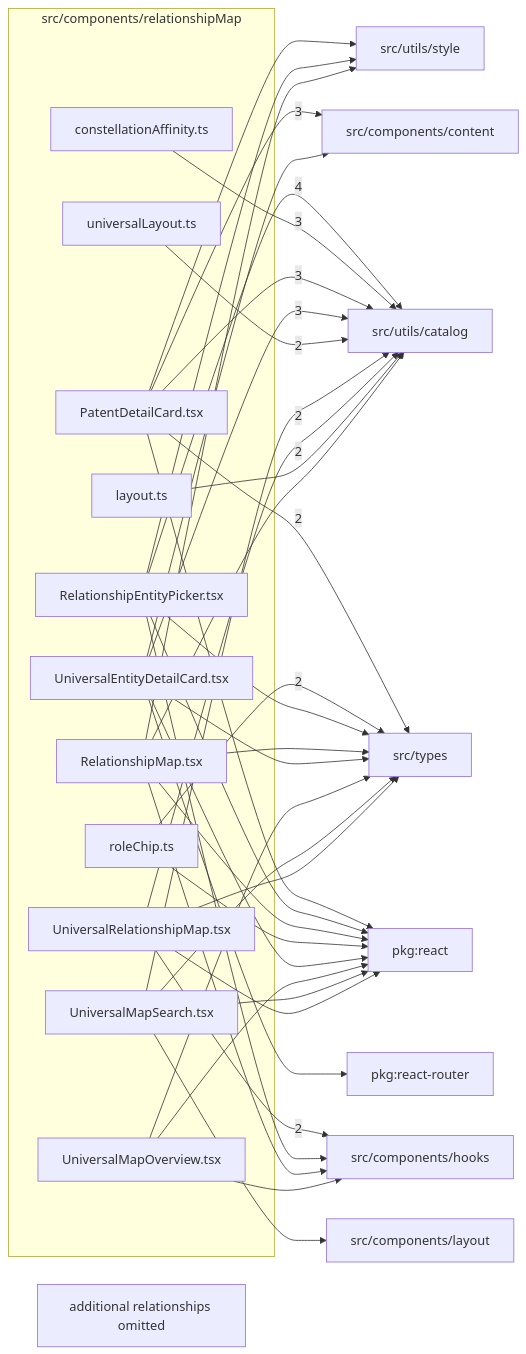
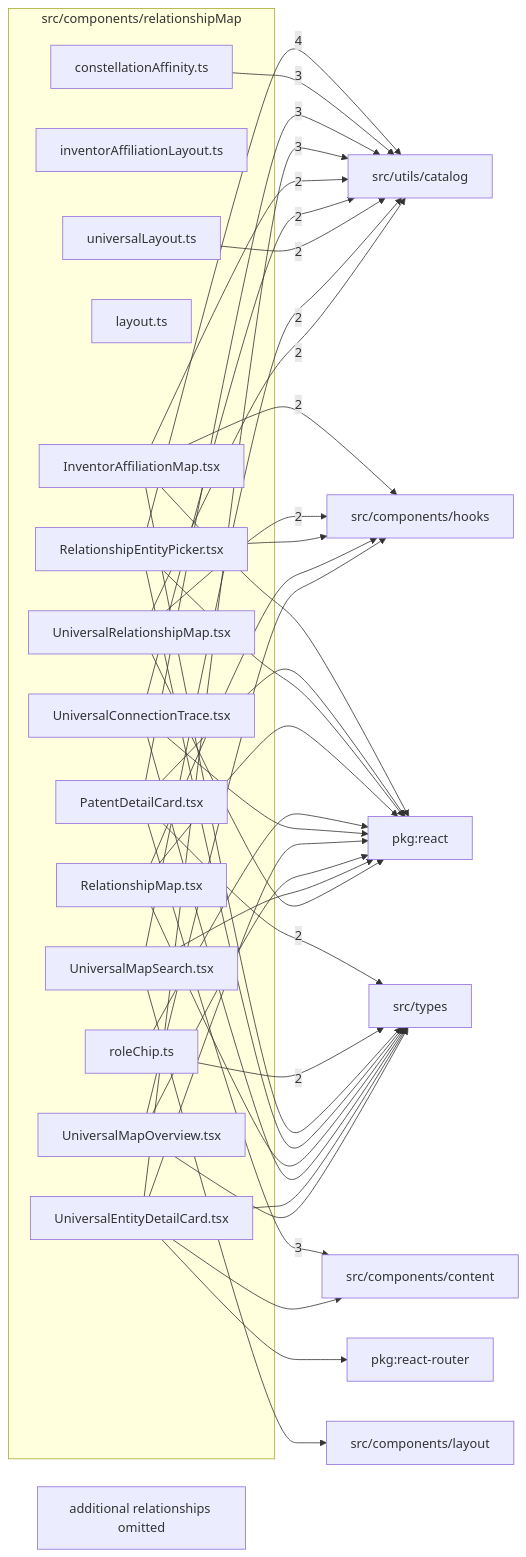
One commit to ronbuening/LensVisualizer changed the diagram in src/components/relationshipMap/readme.md. Above: the diagram before and after it, drawn with Mermaid. The commit also changed other lines of this file and 23 other files, not shown here.

Commit message:
Add connection tracing and weighted inventor affiliation views

````diff
--- a/src/components/relationshipMap/readme.md
+++ b/src/components/relationshipMap/readme.md
@@ -9,61 +9,63 @@
 ```mermaid
 flowchart LR
   subgraph n_src_components_relationshipMap["src/components/relationshipMap"]
     n_src_components_relationshipMap_src_components_relationshipMap_constellationAffinity_ts["constellationAffinity.ts"]
+    n_src_components_relationshipMap_src_components_relationshipMap_inventorAffiliationLayout_ts["inventorAffiliationLayout.ts"]
+    n_src_components_relationshipMap_src_components_relationshipMap_InventorAffiliationMap_tsx["InventorAffiliationMap.tsx"]
     n_src_components_relationshipMap_src_components_relationshipMap_layout_ts["layout.ts"]
     n_src_components_relationshipMap_src_components_relationshipMap_PatentDetailCard_tsx["PatentDetailCard.tsx"]
     n_src_components_relationshipMap_src_components_relationshipMap_RelationshipEntityPicker_tsx["RelationshipEntityPicker.tsx"]
     n_src_components_relationshipMap_src_components_relationshipMap_RelationshipMap_tsx["RelationshipMap.tsx"]
     n_src_components_relationshipMap_src_components_relationshipMap_roleChip_ts["roleChip.ts"]
+    n_src_components_relationshipMap_src_components_relationshipMap_UniversalConnectionTrace_tsx["UniversalConnectionTrace.tsx"]
     n_src_components_relationshipMap_src_components_relationshipMap_UniversalEntityDetailCard_tsx["UniversalEntityDetailCard.tsx"]
     n_src_components_relationshipMap_src_components_relationshipMap_universalLayout_ts["universalLayout.ts"]
     n_src_components_relationshipMap_src_components_relationshipMap_UniversalMapOverview_tsx["UniversalMapOverview.tsx"]
     n_src_components_relationshipMap_src_components_relationshipMap_UniversalMapSearch_tsx["UniversalMapSearch.tsx"]
     n_src_components_relationshipMap_src_components_relationshipMap_UniversalRelationshipMap_tsx["UniversalRelationshipMap.tsx"]
   end
   n_external_src_utils_catalog["src/utils/catalog"]
   n_external_src_components_content["src/components/content"]
   n_external_src_components_hooks["src/components/hooks"]
   n_external_src_types["src/types"]
   n_external_pkg_react["pkg:react"]
   n_external_pkg_react_router["pkg:react-router"]
   n_external_src_components_layout["src/components/layout"]
-  n_external_src_utils_style["src/utils/style"]
   n_src_components_relationshipMap_src_components_relationshipMap_RelationshipEntityPicker_tsx --> |4| n_external_src_utils_catalog
   n_src_components_relationshipMap_src_components_relationshipMap_PatentDetailCard_tsx --> |3| n_external_src_components_content
   n_src_components_relationshipMap_src_components_relationshipMap_constellationAffinity_ts --> |3| n_external_src_utils_catalog
   n_src_components_relationshipMap_src_components_relationshipMap_PatentDetailCard_tsx --> |3| n_external_src_utils_catalog
   n_src_components_relationshipMap_src_components_relationshipMap_UniversalEntityDetailCard_tsx --> |3| n_external_src_utils_catalog
+  n_src_components_relationshipMap_src_components_relationshipMap_InventorAffiliationMap_tsx --> |2| n_external_src_components_hooks
   n_src_components_relationshipMap_src_components_relationshipMap_UniversalRelationshipMap_tsx --> |2| n_external_src_components_hooks
   n_src_components_relationshipMap_src_components_relationshipMap_PatentDetailCard_tsx --> |2| n_external_src_types
   n_src_components_relationshipMap_src_components_relationshipMap_roleChip_ts --> |2| n_external_src_types
+  n_src_components_relationshipMap_src_components_relationshipMap_InventorAffiliationMap_tsx --> |2| n_external_src_utils_catalog
+  n_src_components_relationshipMap_src_components_relationshipMap_UniversalConnectionTrace_tsx --> |2| n_external_src_utils_catalog
   n_src_components_relationshipMap_src_components_relationshipMap_universalLayout_ts --> |2| n_external_src_utils_catalog
   n_src_components_relationshipMap_src_components_relationshipMap_UniversalMapSearch_tsx --> |2| n_external_src_utils_catalog
   n_src_components_relationshipMap_src_components_relationshipMap_UniversalRelationshipMap_tsx --> |2| n_external_src_utils_catalog
+  n_src_components_relationshipMap_src_components_relationshipMap_InventorAffiliationMap_tsx --> n_external_pkg_react
   n_src_components_relationshipMap_src_components_relationshipMap_PatentDetailCard_tsx --> n_external_pkg_react
   n_src_components_relationshipMap_src_components_relationshipMap_RelationshipEntityPicker_tsx --> n_external_pkg_react
   n_src_components_relationshipMap_src_components_relationshipMap_RelationshipMap_tsx --> n_external_pkg_react
   n_src_components_relationshipMap_src_components_relationshipMap_roleChip_ts --> n_external_pkg_react
+  n_src_components_relationshipMap_src_components_relationshipMap_UniversalConnectionTrace_tsx --> n_external_pkg_react
   n_src_components_relationshipMap_src_components_relationshipMap_UniversalEntityDetailCard_tsx --> n_external_pkg_react
   n_src_components_relationshipMap_src_components_relationshipMap_UniversalMapOverview_tsx --> n_external_pkg_react
   n_src_components_relationshipMap_src_components_relationshipMap_UniversalMapSearch_tsx --> n_external_pkg_react
   n_src_components_relationshipMap_src_components_relationshipMap_UniversalRelationshipMap_tsx --> n_external_pkg_react
   n_src_components_relationshipMap_src_components_relationshipMap_UniversalEntityDetailCard_tsx --> n_external_pkg_react_router
   n_src_components_relationshipMap_src_components_relationshipMap_UniversalEntityDetailCard_tsx --> n_external_src_components_content
   n_src_components_relationshipMap_src_components_relationshipMap_RelationshipEntityPicker_tsx --> n_external_src_components_hooks
   n_src_components_relationshipMap_src_components_relationshipMap_RelationshipMap_tsx --> n_external_src_components_hooks
   n_src_components_relationshipMap_src_components_relationshipMap_UniversalMapOverview_tsx --> n_external_src_components_hooks
   n_src_components_relationshipMap_src_components_relationshipMap_UniversalMapSearch_tsx --> n_external_src_components_layout
+  n_src_components_relationshipMap_src_components_relationshipMap_InventorAffiliationMap_tsx --> n_external_src_types
   n_src_components_relationshipMap_src_components_relationshipMap_RelationshipEntityPicker_tsx --> n_external_src_types
   n_src_components_relationshipMap_src_components_relationshipMap_RelationshipMap_tsx --> n_external_src_types
+  n_src_components_relationshipMap_src_components_relationshipMap_UniversalConnectionTrace_tsx --> n_external_src_types
   n_src_components_relationshipMap_src_components_relationshipMap_UniversalEntityDetailCard_tsx --> n_external_src_types
   n_src_components_relationshipMap_src_components_relationshipMap_UniversalMapOverview_tsx --> n_external_src_types
-  n_src_components_relationshipMap_src_components_relationshipMap_UniversalMapSearch_tsx --> n_external_src_types
-  n_src_components_relationshipMap_src_components_relationshipMap_UniversalRelationshipMap_tsx --> n_external_src_types
-  n_src_components_relationshipMap_src_components_relationshipMap_layout_ts --> n_external_src_utils_catalog
-  n_src_components_relationshipMap_src_components_relationshipMap_RelationshipMap_tsx --> n_external_src_utils_catalog
-  n_src_components_relationshipMap_src_components_relationshipMap_PatentDetailCard_tsx --> n_external_src_utils_style
-  n_src_components_relationshipMap_src_components_relationshipMap_RelationshipEntityPicker_tsx --> n_external_src_utils_style
-  n_src_components_relationshipMap_src_components_relationshipMap_RelationshipMap_tsx --> n_external_src_utils_style
   n_src_components_relationshipMap_truncated["additional relationships omitted"]
 ```
````
